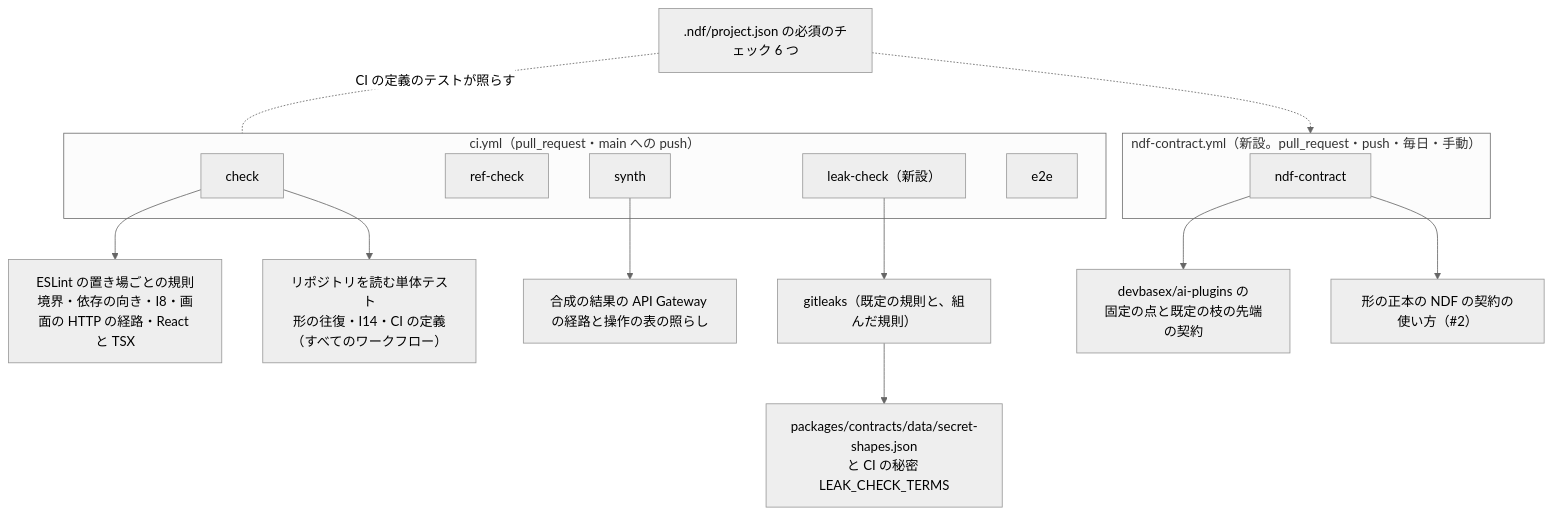
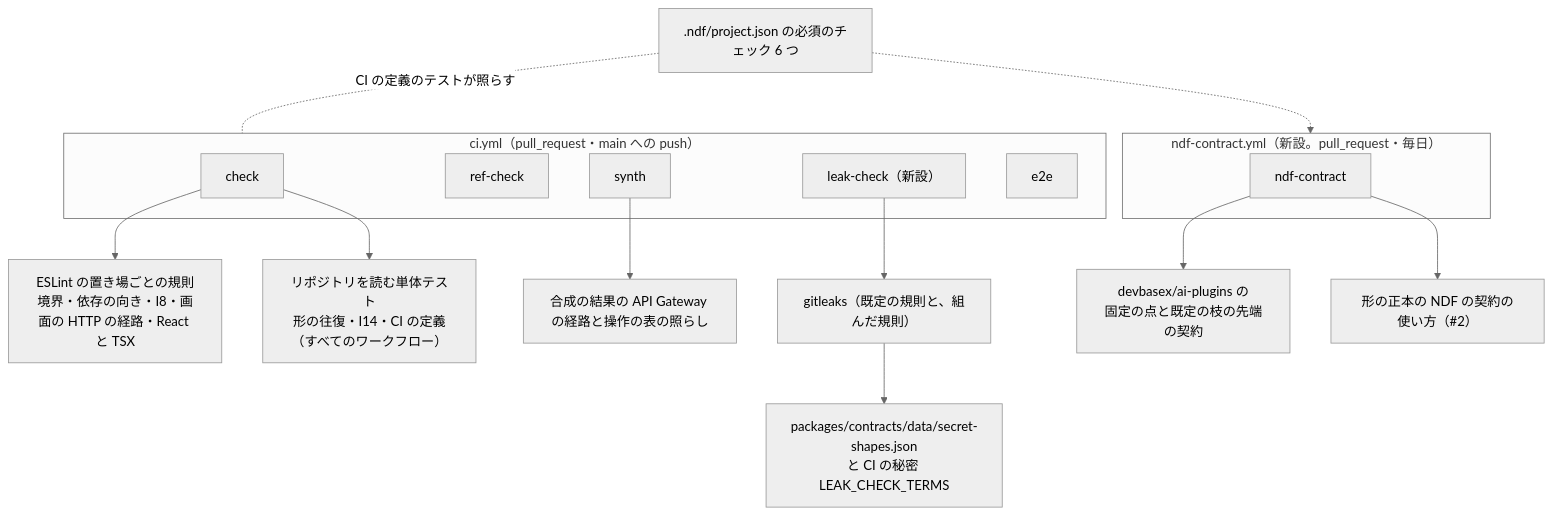
The second of 2 diagrams in issues/issue-1-design.md (devbasex/nd-factory), drawn with Mermaid (neutral theme) before and after one commit. The commit also changed other lines of this file and 1 other file, not shown here.

First line of the commit message:
Docs: #1 の NDF の契約の照合の起動を全体の設計の「いつ」（固定の点を変える Pull Request と毎日）にそろえ、push と手動の起動を外す（#1）

````diff
--- a/issues/issue-1-design.md
+++ b/issues/issue-1-design.md
@@ -46,22 +46,22 @@
 ```mermaid
 flowchart TB
     subgraph ci["ci.yml（pull_request・main への push）"]
         check["check"]
         ref["ref-check"]
         leak["leak-check（新設）"]
         synth["synth"]
         e2e["e2e"]
     end
-    subgraph nc["ndf-contract.yml（新設。pull_request・push・毎日・手動）"]
+    subgraph nc["ndf-contract.yml（新設。pull_request・毎日）"]
         ndfc["ndf-contract"]
     end
     check --> lint["ESLint の置き場ごとの規則<br/>境界・依存の向き・I8・画面の HTTP の経路・React と TSX"]
     check --> unit["リポジトリを読む単体テスト<br/>形の往復・I14・CI の定義（すべてのワークフロー）"]
     synth --> routes["合成の結果の API Gateway の経路と操作の表の照らし"]
     leak --> gl["gitleaks（既定の規則と、組んだ規則）"]
     gl --> shapes["packages/contracts/data/secret-shapes.json<br/>と CI の秘密 LEAK_CHECK_TERMS"]
     ndfc --> up["devbasex/ai-plugins の<br/>固定の点と既定の枝の先端の契約"]
     ndfc --> use["形の正本の NDF の契約の使い方（#2）"]
     decl[".ndf/project.json の必須のチェック 6 つ"] -.CI の定義のテストが照らす.- ci
     decl -.-> nc
 ```
````
